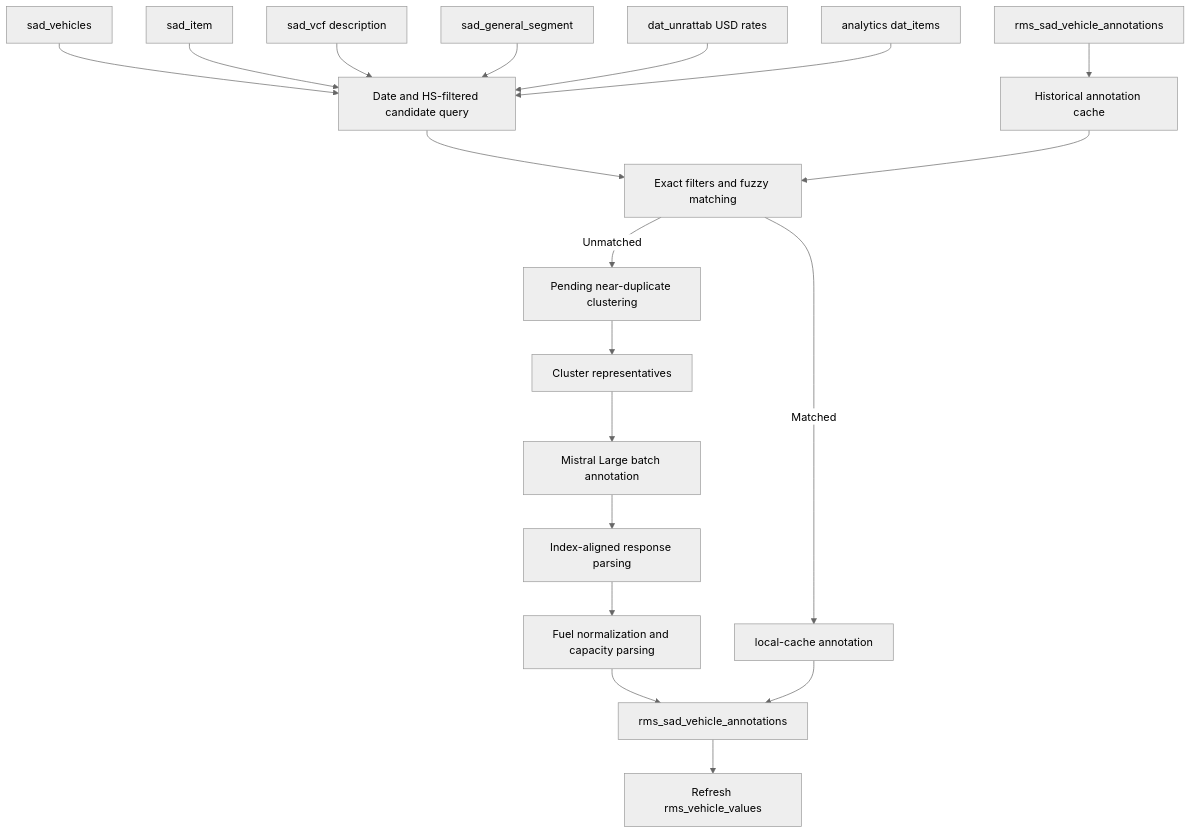
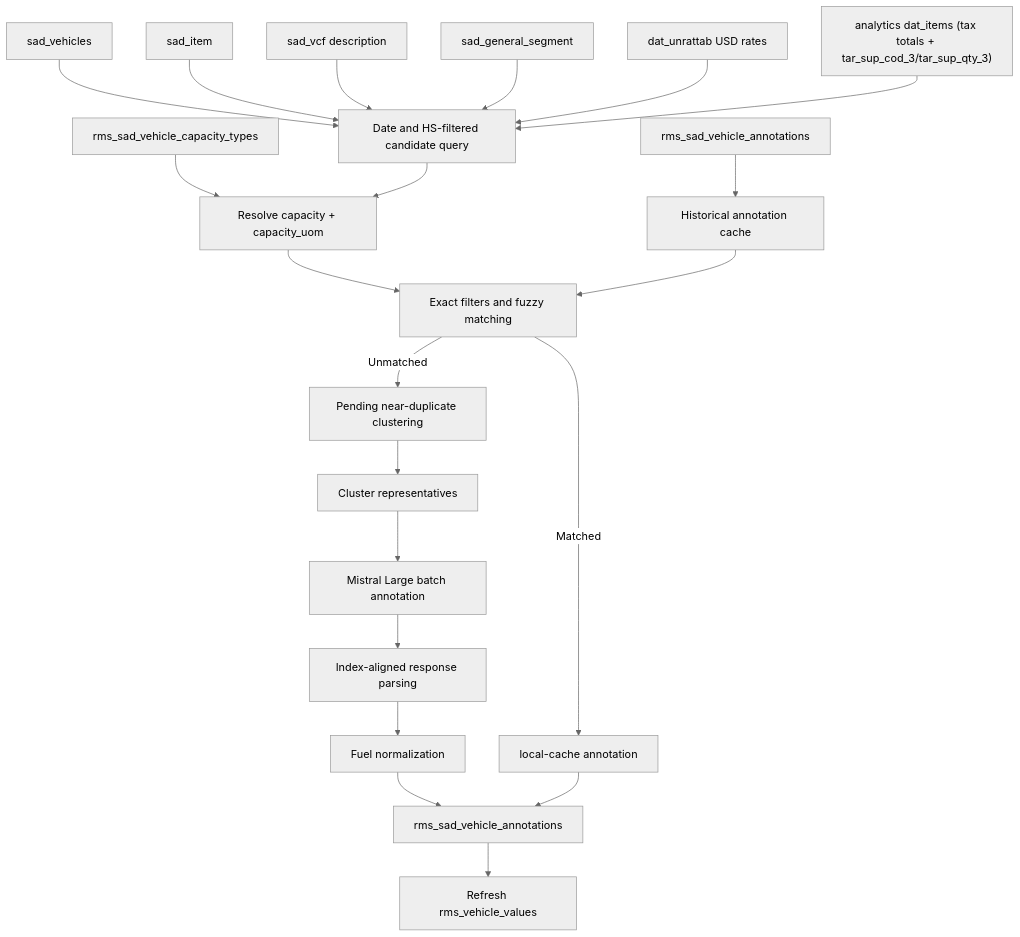
The diagram in docs/rms-vehicle-annotate.md (uvindu-perera/rms-docs), drawn with Mermaid (neutral theme) before and after one commit. The commit also changed other lines of this file and 5 other files, not shown here.

````diff
--- a/docs/rms-vehicle-annotate.md
+++ b/docs/rms-vehicle-annotate.md
@@ -75,21 +78,23 @@
 ```mermaid
 flowchart TD
     Vehicle["sad_vehicles"] --> Fetch["Date and HS-filtered candidate query"]
     Item["sad_item"] --> Fetch
     Vcf["sad_vcf description"] --> Fetch
     General["sad_general_segment"] --> Fetch
     Rates["dat_unrattab USD rates"] --> Fetch
-    Taxes["analytics dat_items"] --> Fetch
+    Taxes["analytics dat_items (tax totals + tar_sup_cod_3/tar_sup_qty_3)"] --> Fetch
+    CapTypes["rms_sad_vehicle_capacity_types"] --> Resolve["Resolve capacity + capacity_uom"]
+    Fetch --> Resolve
     Existing["rms_sad_vehicle_annotations"] --> Cache["Historical annotation cache"]
-    Fetch --> CacheMatch["Exact filters and fuzzy matching"]
+    Resolve --> CacheMatch["Exact filters and fuzzy matching"]
     Cache --> CacheMatch
     CacheMatch -->|"Matched"| Local["local-cache annotation"]
     CacheMatch -->|"Unmatched"| Cluster["Pending near-duplicate clustering"]
     Cluster --> Representative["Cluster representatives"]
     Representative --> Mistral["Mistral Large batch annotation"]
     Mistral --> Parse["Index-aligned response parsing"]
-    Parse --> Normalize["Fuel normalization and capacity parsing"]
+    Parse --> Normalize["Fuel normalization"]
     Normalize --> Upsert["rms_sad_vehicle_annotations"]
     Local --> Upsert
     Upsert --> Values["Refresh rms_vehicle_values"]
 ```
````
